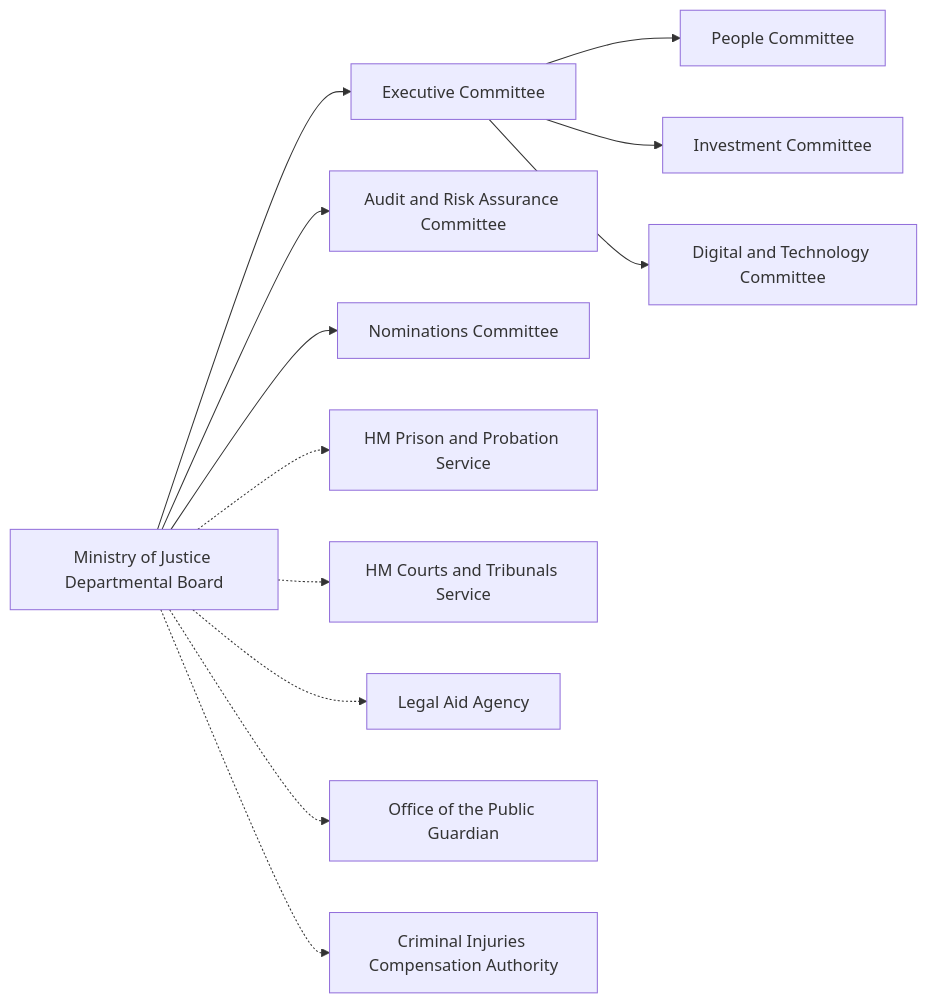
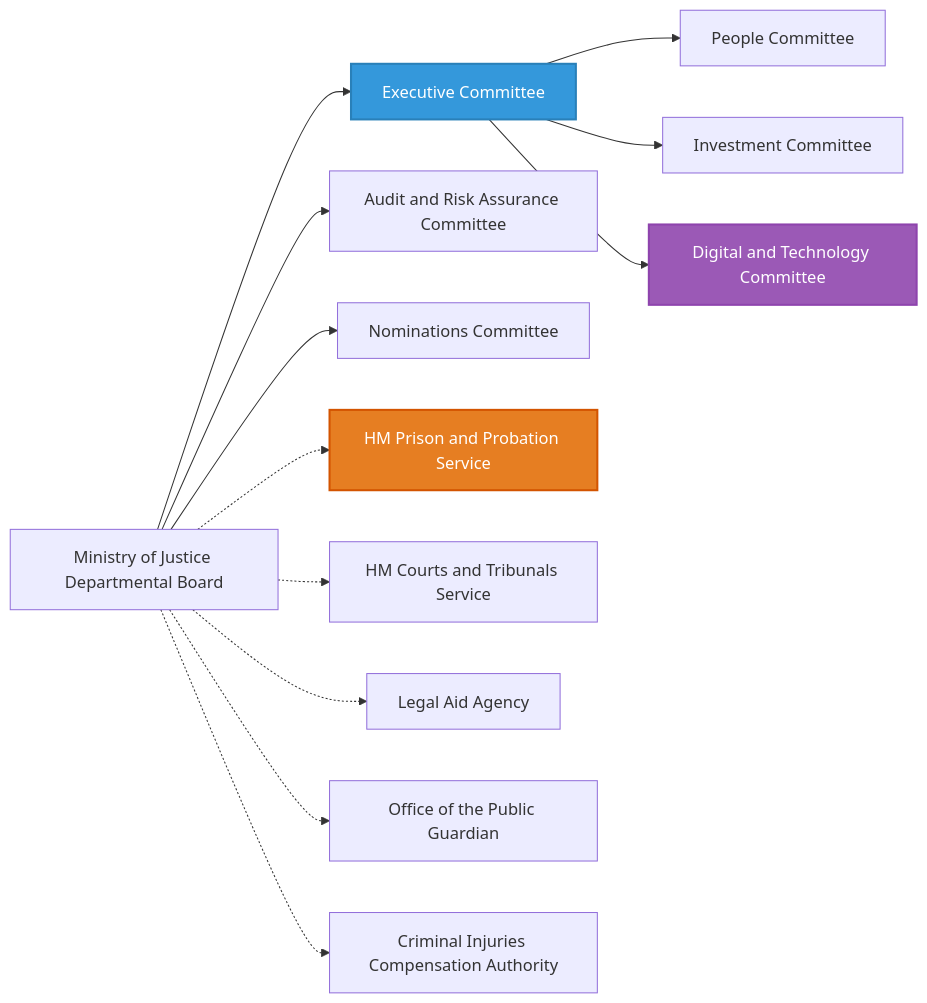
The diagram in src/slide_1.md (robertsweetman/data-strategy-presentation), drawn with Mermaid before and after one commit.

Commit message:
add styles to diagram

````diff
--- a/src/slide_1.md
+++ b/src/slide_1.md
@@ -3,20 +3,24 @@
 ```mermaid
 flowchart LR;
     DB["Ministry of Justice Departmental Board"];
     EC["Executive Committee"];
     ARAC["Audit and Risk Assurance Committee"];
     NC["Nominations Committee"];
     PC["People Committee"];
     IC["Investment Committee"];
     DTC["Digital and Technology Committee"];
     
     HMPPS["HM Prison and Probation Service"];
     HMCTS["HM Courts and Tribunals Service"];
     LAA["Legal Aid Agency"];
     OPG["Office of the Public Guardian"];
     CICA["Criminal Injuries Compensation Authority"];
     
     DB --> EC & ARAC & NC;
     EC --> PC & IC & DTC;
     DB -.-> HMPPS & HMCTS & LAA & OPG & CICA;
+
+    style EC fill:#3498db,stroke:#2980b9,color:white,stroke-width:2px
+    style HMPPS fill:#e67e22,stroke:#d35400,color:white,stroke-width:2px
+    style DTC fill:#9b59b6,stroke:#8e44ad,color:white,stroke-width:2px
 ```
````
